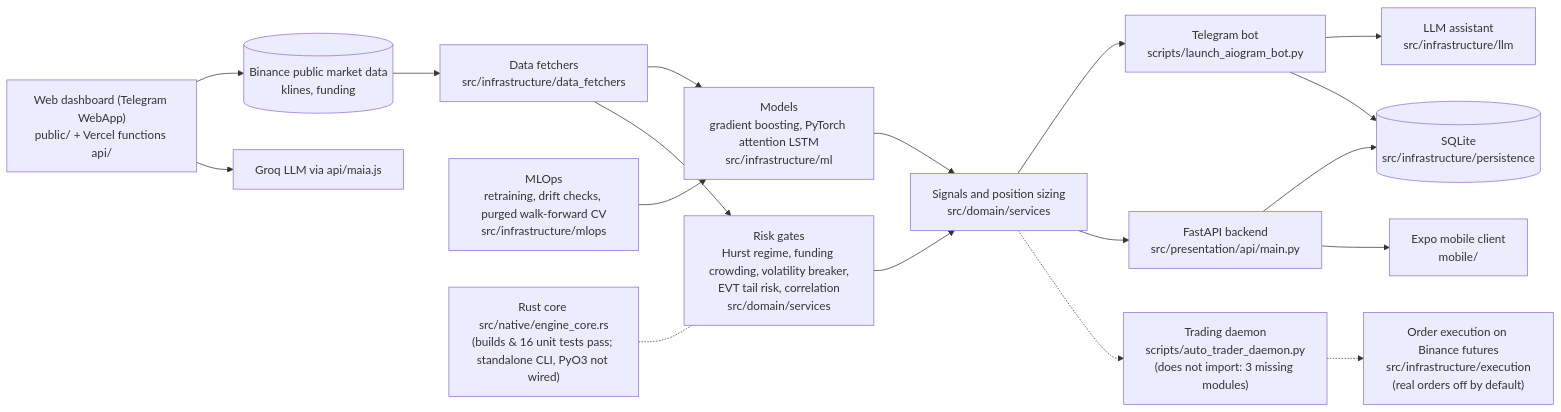
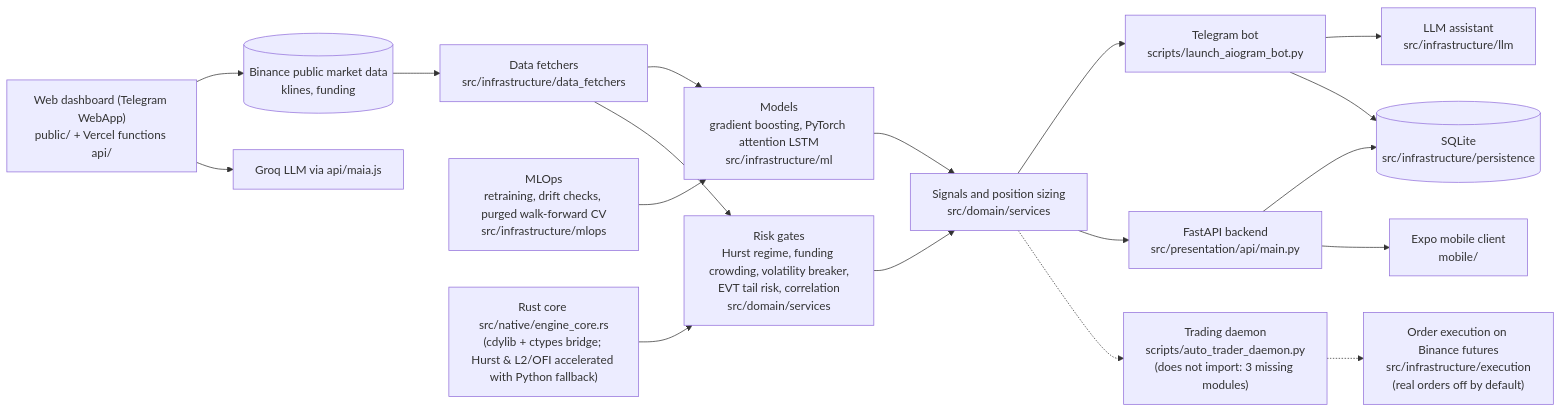
The diagram in README.md (Melon-cyber/MaBuy-public), drawn with Mermaid before and after one commit. The commit also changed other lines of this file and 10 other files, not shown here.

Commit message:
MABUY-RUST-2: integrate Rust cdylib via ctypes bridge into Hurst and L2/OFI services

````diff
--- a/README.md
+++ b/README.md
@@ -24,21 +24,21 @@
 ```mermaid
 flowchart LR
     BIN[("Binance public market data<br/>klines, funding")] --> FETCH["Data fetchers<br/>src/infrastructure/data_fetchers"]
     FETCH --> ML["Models<br/>gradient boosting, PyTorch attention LSTM<br/>src/infrastructure/ml"]
     FETCH --> RISK["Risk gates<br/>Hurst regime, funding crowding, volatility breaker,<br/>EVT tail risk, correlation<br/>src/domain/services"]
     MLOPS["MLOps<br/>retraining, drift checks, purged walk-forward CV<br/>src/infrastructure/mlops"] --> ML
     ML --> SIG["Signals and position sizing<br/>src/domain/services"]
     RISK --> SIG
     SIG --> BOT["Telegram bot<br/>scripts/launch_aiogram_bot.py"]
     SIG --> API["FastAPI backend<br/>src/presentation/api/main.py"]
     SIG -.-> DAEMON["Trading daemon<br/>scripts/auto_trader_daemon.py<br/>(does not import: 3 missing modules)"]
     DAEMON -.-> EXEC["Order execution on Binance futures<br/>src/infrastructure/execution<br/>(real orders off by default)"]
     BOT --> LLM["LLM assistant<br/>src/infrastructure/llm"]
     API --> DB[("SQLite<br/>src/infrastructure/persistence")]
     BOT --> DB
     API --> MOB["Expo mobile client<br/>mobile/"]
     WEB["Web dashboard (Telegram WebApp)<br/>public/ + Vercel functions api/"] --> BIN
     WEB --> GROQ["Groq LLM via api/maia.js"]
-    RUST["Rust core src/native/engine_core.rs<br/>(builds & 16 unit tests pass; standalone CLI, PyO3 not wired)"]
-    RUST -.- RISK
+    RUST["Rust core src/native/engine_core.rs<br/>(cdylib + ctypes bridge; Hurst & L2/OFI accelerated with Python fallback)"]
+    RUST --> RISK
 ```
````
